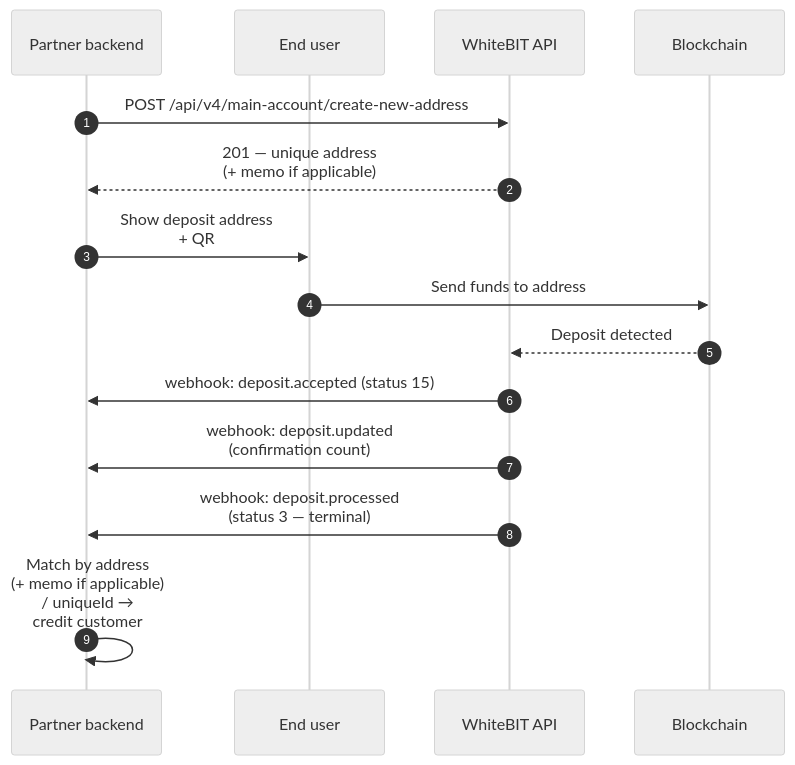
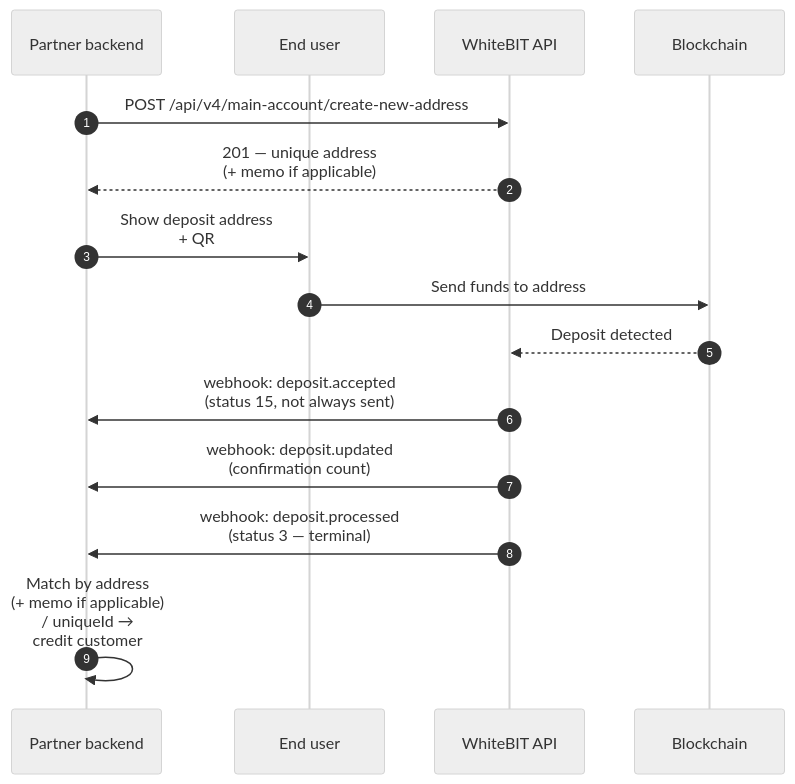
The first of 10 diagrams in guides/payment-integration.mdx (whitebit-exchange/docs), drawn with Mermaid (neutral theme) before and after one commit. The commit also changed other lines of this file and 14 other files, not shown here.

First line of the commit message:
docs(guide): fix deposit webhook status mapping

````diff
--- a/guides/payment-integration.mdx
+++ b/guides/payment-integration.mdx
@@ -37,18 +37,18 @@
 ```mermaid
 sequenceDiagram
     autonumber
     participant P as Partner backend
     participant U as End user
     participant W as WhiteBIT API
     participant B as Blockchain
 
     P->>W: POST /api/v4/main-account/create-new-address
     W-->>P: 201 — unique address<br/>(+ memo if applicable)
     P->>U: Show deposit address<br/>+ QR
     U->>B: Send funds to address
     B-->>W: Deposit detected
-    W->>P: webhook: deposit.accepted (status 15)
+    W->>P: webhook: deposit.accepted<br/>(status 15, not always sent)
     W->>P: webhook: deposit.updated<br/>(confirmation count)
     W->>P: webhook: deposit.processed<br/>(status 3 — terminal)
     P->>P: Match by address<br/>(+ memo if applicable)<br/>/ uniqueId →<br/>credit customer
 ```
````
